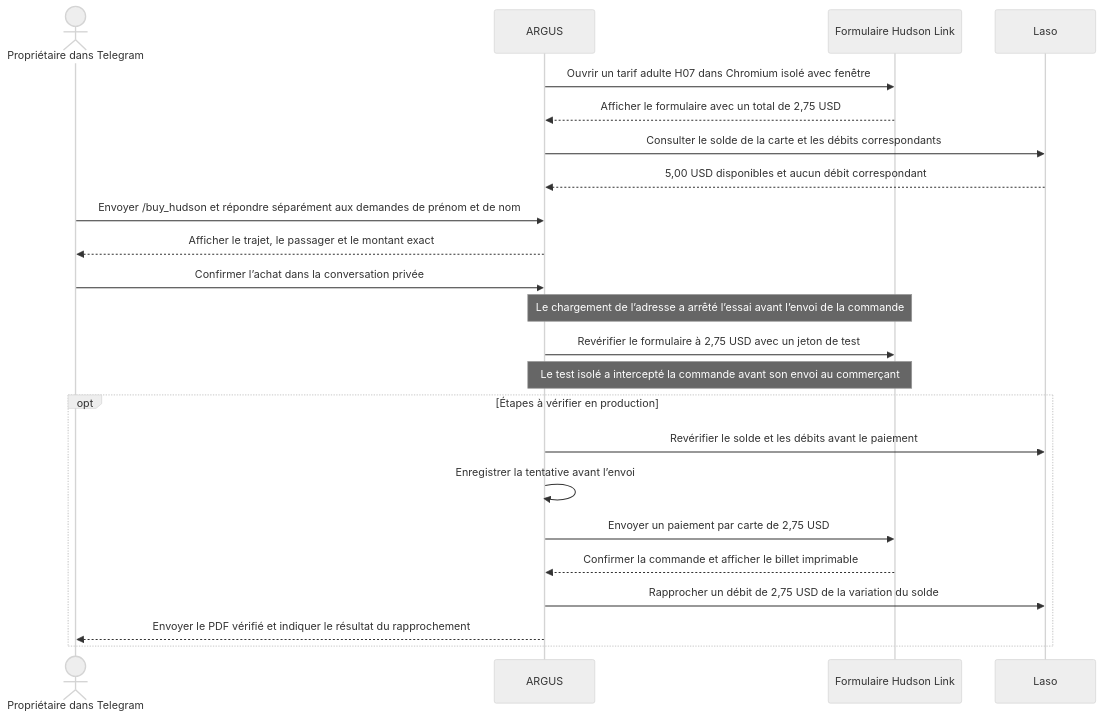
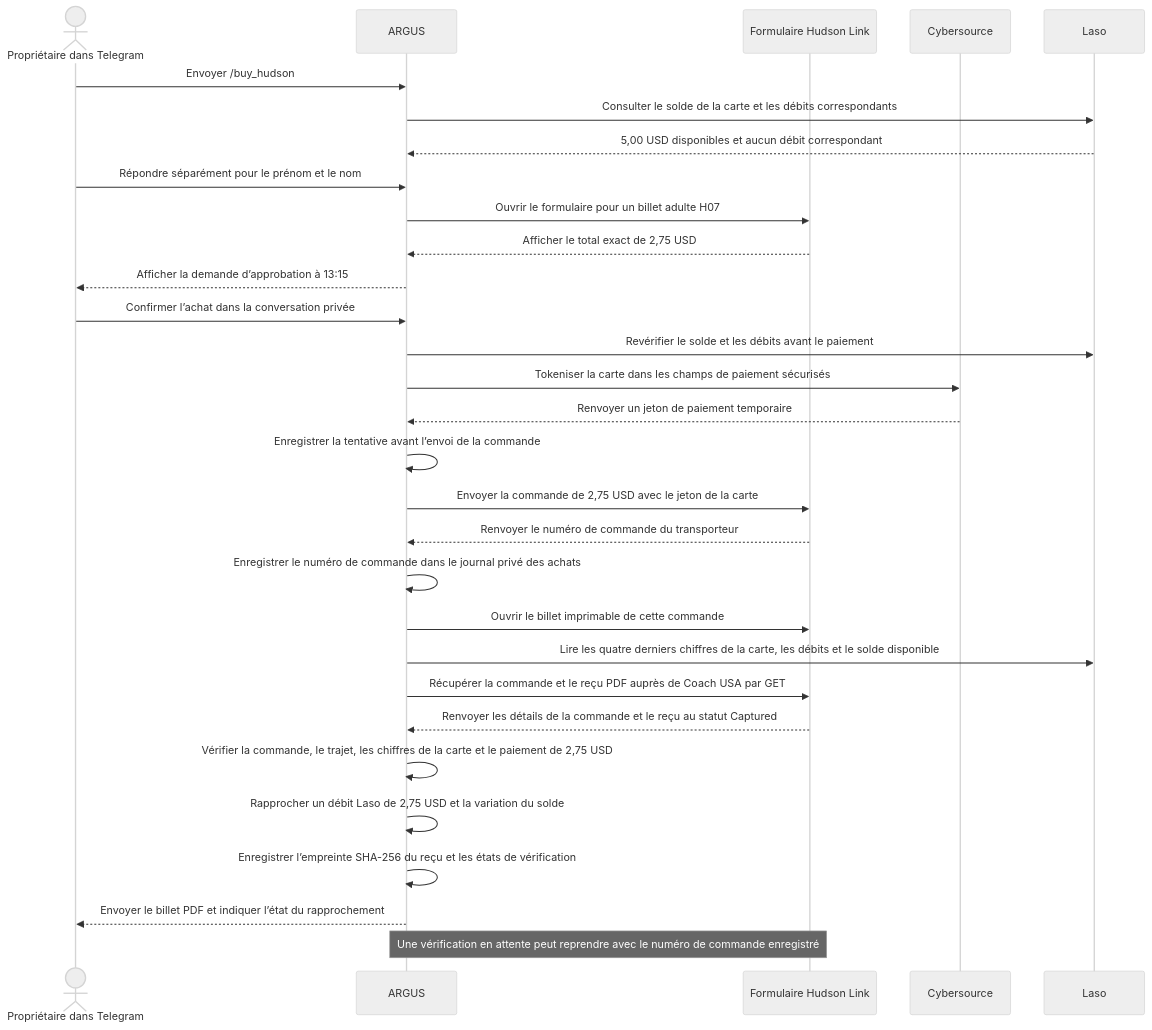
One commit to alexar76/argus changed the diagram in docs/use-case-hudson-link-fr.md. Above: the diagram before and after it, drawn with Mermaid (neutral theme). The commit also changed other lines of this file and 18 other files, not shown here.

````diff
--- a/docs/use-case-hudson-link-fr.md
+++ b/docs/use-case-hudson-link-fr.md
@@ -9,25 +11,32 @@
 ```mermaid
 sequenceDiagram
     actor O as Propriétaire dans Telegram
     participant A as ARGUS
     participant H as Formulaire Hudson Link
+    participant C as Cybersource
     participant L as Laso
-    A->>H: Ouvrir un tarif adulte H07 dans Chromium isolé avec fenêtre
-    H-->>A: Afficher le formulaire avec un total de 2,75 USD
+    O->>A: Envoyer /buy_hudson
     A->>L: Consulter le solde de la carte et les débits correspondants
     L-->>A: 5,00 USD disponibles et aucun débit correspondant
-    O->>A: Envoyer /buy_hudson et répondre séparément aux demandes de prénom et de nom
-    A-->>O: Afficher le trajet, le passager et le montant exact
+    O->>A: Répondre séparément pour le prénom et le nom
+    A->>H: Ouvrir le formulaire pour un billet adulte H07
+    H-->>A: Afficher le total exact de 2,75 USD
+    A-->>O: Afficher la demande d’approbation à 13:15
     O->>A: Confirmer l’achat dans la conversation privée
-    Note over A,H: Le chargement de l’adresse a arrêté l’essai avant l’envoi de la commande
-    A->>H: Revérifier le formulaire à 2,75 USD avec un jeton de test
-    Note over A,H: Le test isolé a intercepté la commande avant son envoi au commerçant
-    opt Étapes à vérifier en production
-        A->>L: Revérifier le solde et les débits avant le paiement
-        A->>A: Enregistrer la tentative avant l’envoi
-        A->>H: Envoyer un paiement par carte de 2,75 USD
-        H-->>A: Confirmer la commande et afficher le billet imprimable
-        A->>L: Rapprocher un débit de 2,75 USD de la variation du solde
-        A-->>O: Envoyer le PDF vérifié et indiquer le résultat du rapprochement
-    end
+    A->>L: Revérifier le solde et les débits avant le paiement
+    A->>C: Tokeniser la carte dans les champs de paiement sécurisés
+    C-->>A: Renvoyer un jeton de paiement temporaire
+    A->>A: Enregistrer la tentative avant l’envoi de la commande
+    A->>H: Envoyer la commande de 2,75 USD avec le jeton de la carte
+    H-->>A: Renvoyer le numéro de commande du transporteur
+    A->>A: Enregistrer le numéro de commande dans le journal privé des achats
+    A->>H: Ouvrir le billet imprimable de cette commande
+    A->>L: Lire les quatre derniers chiffres de la carte, les débits et le solde disponible
+    A->>H: Récupérer la commande et le reçu PDF auprès de Coach USA par GET
+    H-->>A: Renvoyer les détails de la commande et le reçu au statut Captured
+    A->>A: Vérifier la commande, le trajet, les chiffres de la carte et le paiement de 2,75 USD
+    A->>A: Rapprocher un débit Laso de 2,75 USD et la variation du solde
+    A->>A: Enregistrer l’empreinte SHA-256 du reçu et les états de vérification
+    A-->>O: Envoyer le billet PDF et indiquer l’état du rapprochement
+    Note over A,H: Une vérification en attente peut reprendre avec le numéro de commande enregistré
 ```
````
